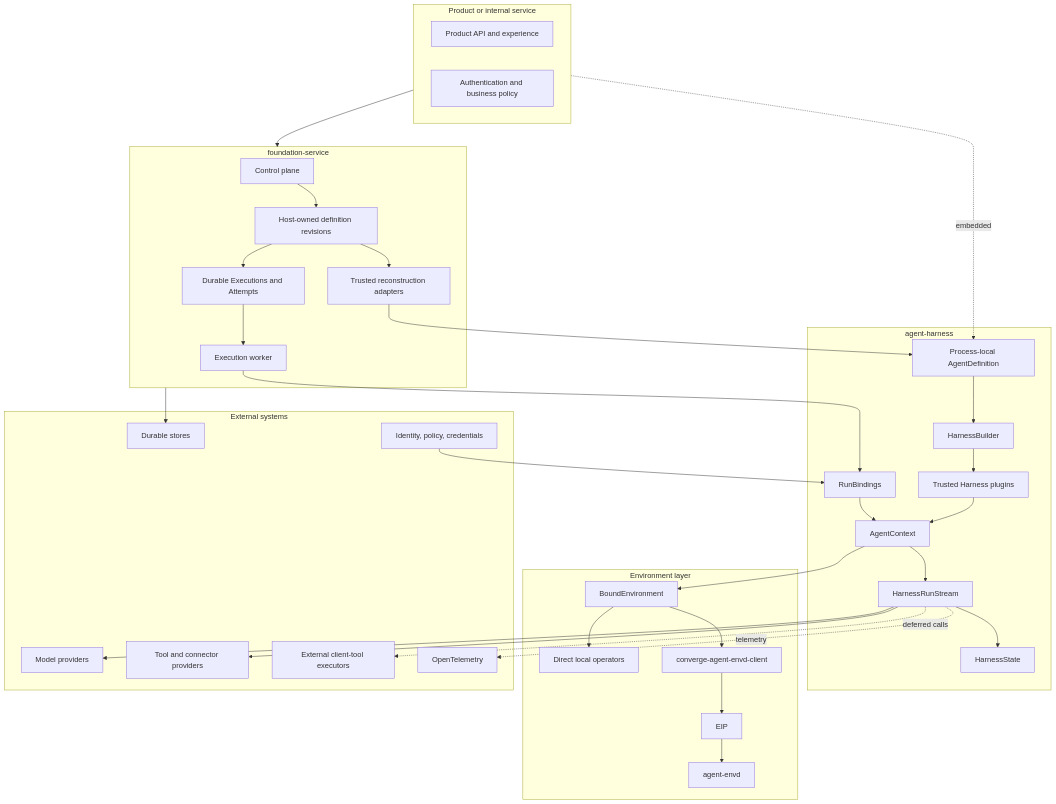
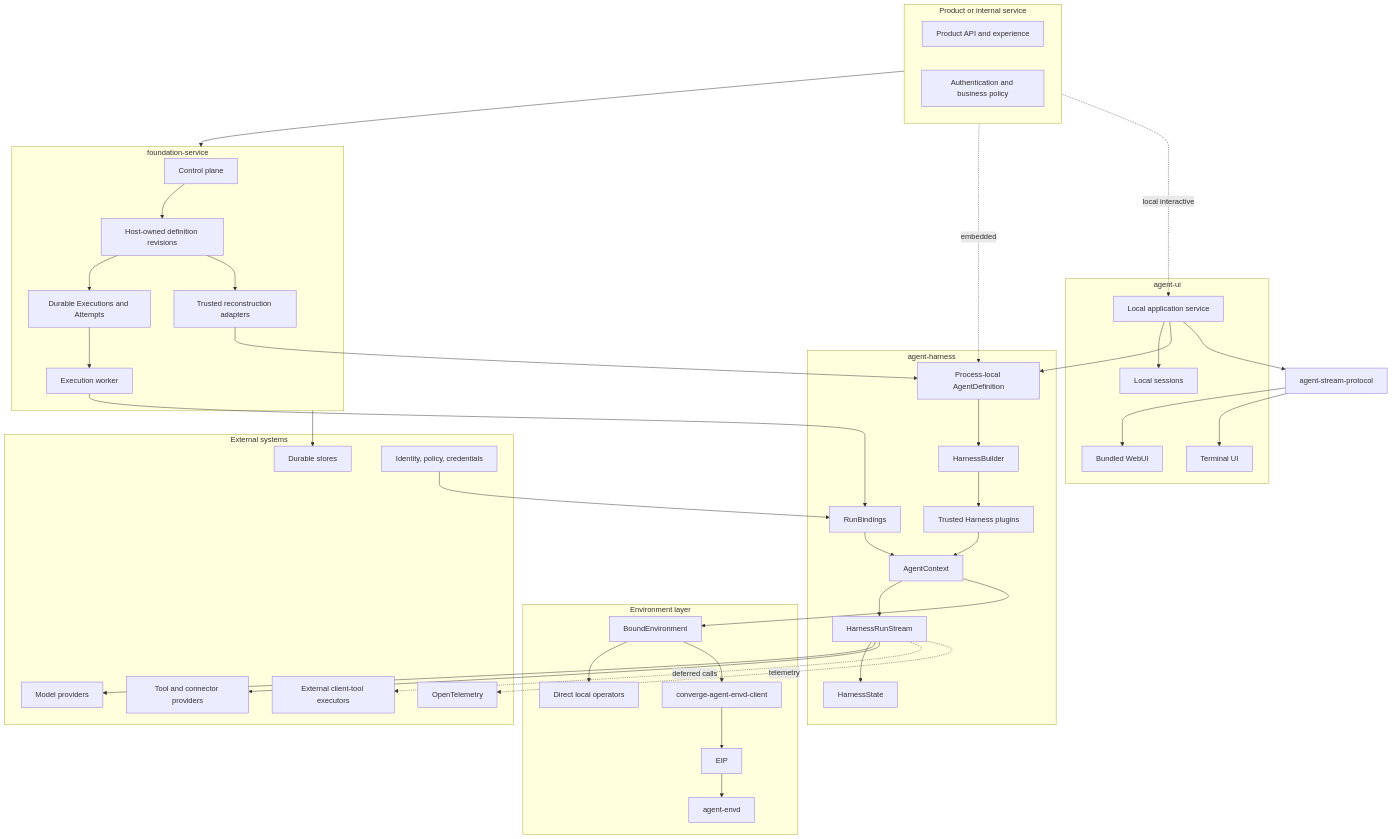
One commit to LTThreeComma/agent-foundation changed the first of 4 diagrams in spec/README.md. Above: the diagram before and after it, drawn with Mermaid. The commit also changed other lines of this file and 150 other files, not shown here.

````diff
--- a/spec/README.md
+++ b/spec/README.md
@@ -18,58 +20,71 @@
 ```mermaid
 flowchart TB
     subgraph Product[Product or internal service]
         API[Product API and experience]
         Policy[Authentication and business policy]
     end
 
     subgraph Service[foundation-service]
         Control[Control plane]
         Definitions[Host-owned definition revisions]
         Lifecycle[Durable Executions and Attempts]
         Worker[Execution worker]
         Reconstruct[Trusted reconstruction adapters]
     end
 
+    subgraph LocalUI[agent-ui]
+        AppService[Local application service]
+        Sessions[Local sessions]
+        WebUI[Bundled WebUI]
+        TUI[Terminal UI]
+    end
+
     subgraph Harness[agent-harness]
         Definition[Process-local AgentDefinition]
         Builder[HarnessBuilder]
         Plugins[Trusted Harness plugins]
         Bindings[RunBindings]
         Context[AgentContext]
         Run[HarnessRunStream]
         State[HarnessState]
     end
+
+    StreamProtocol[agent-stream-protocol]
 
     subgraph Environment[Environment layer]
         Bound[BoundEnvironment]
         Local[Direct local operators]
         EIPClient[converge-agent-envd-client]
         EIP[EIP]
         Envd[agent-envd]
     end
 
     subgraph External[External systems]
         Models[Model providers]
         Tools[Tool and connector providers]
         Stores[Durable stores]
         Identity[Identity, policy, credentials]
         Clients[External client-tool executors]
         OTel[OpenTelemetry]
     end
 
     Product --> Service
     Product -. embedded .-> Definition
+    Product -. local interactive .-> AppService
+    AppService --> Sessions
+    AppService --> Definition
+    AppService --> StreamProtocol --> WebUI & TUI
     Control --> Definitions --> Lifecycle --> Worker
     Definitions --> Reconstruct --> Definition
     Definition --> Builder --> Plugins
     Worker --> Bindings
     Identity --> Bindings
     Plugins & Bindings --> Context --> Run --> State
     Run --> Models & Tools
     Run -. deferred calls .-> Clients
     Context --> Bound
     Bound --> Local
     Bound --> EIPClient --> EIP --> Envd
     Service --> Stores
     Run -. telemetry .-> OTel
 ```
````
